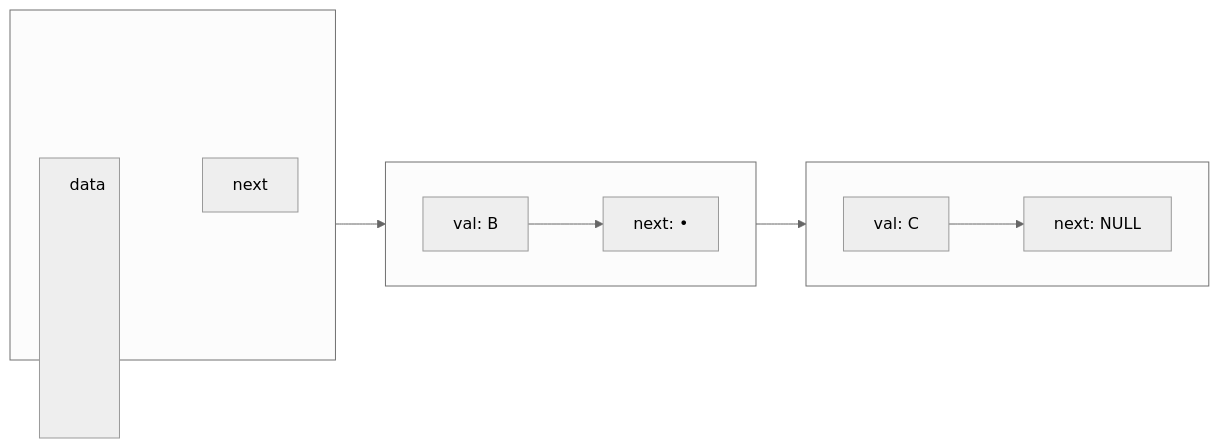
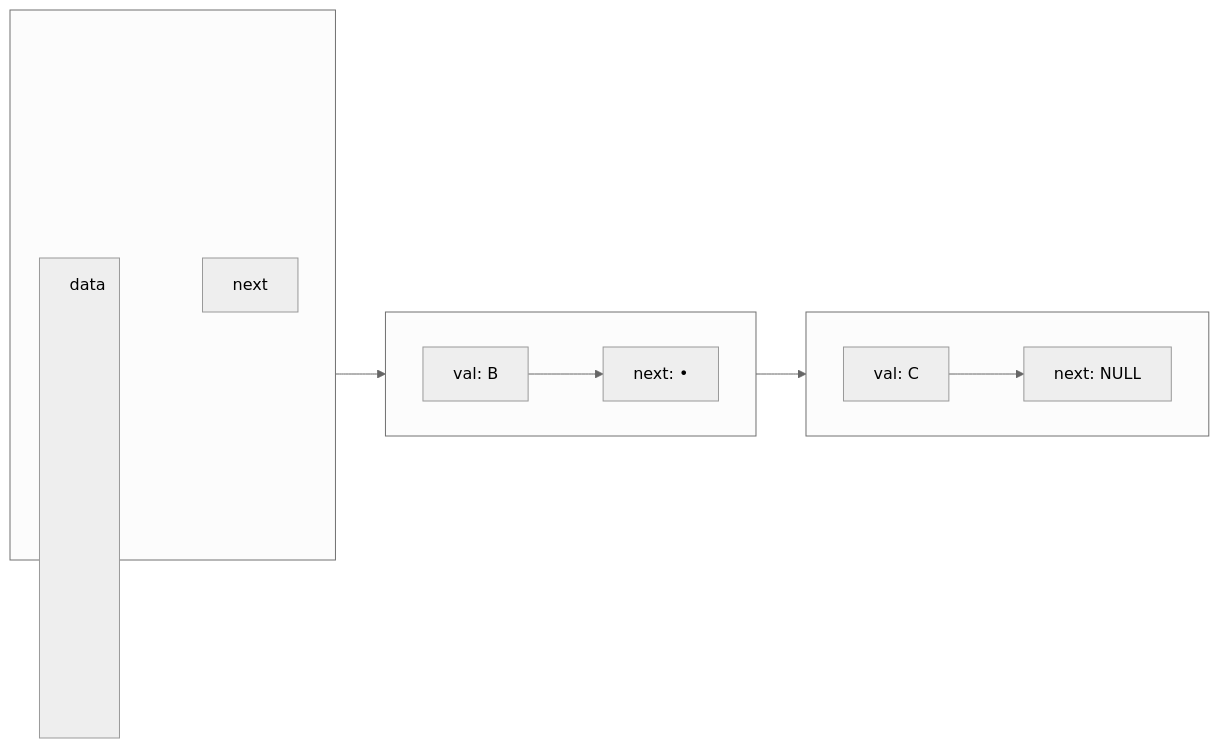
The diagram in README.md (ViktSh-SPb/Java-Learn), drawn with Mermaid (neutral theme) before and after one commit.

Commit message:
vault backup: 2025-06-12 12:27:28

````diff
--- a/README.md
+++ b/README.md
@@ -6,21 +6,21 @@
 ```mermaid
 %%{init: {'config': {'width': '100%', 'useMaxWidth': true}}}%%
 flowchart LR
     subgraph NodeA[" "]
         direction LR
         A_val[data]:::big ~~~ A_next[next]
     end
     subgraph NodeB[" "]
         direction LR
         B_val[val: B] --> B_next[next: •]
     end
     subgraph NodeC[" "]
         direction LR
         C_val[val: C] --> C_next[next: NULL]
     end
     A_next --> NodeB
     B_next --> NodeC
 
 	classDef small width:80px, height:30px
-    classDef big width:80, height:280px
+    classDef big width:80, height:480px
 ```
````
